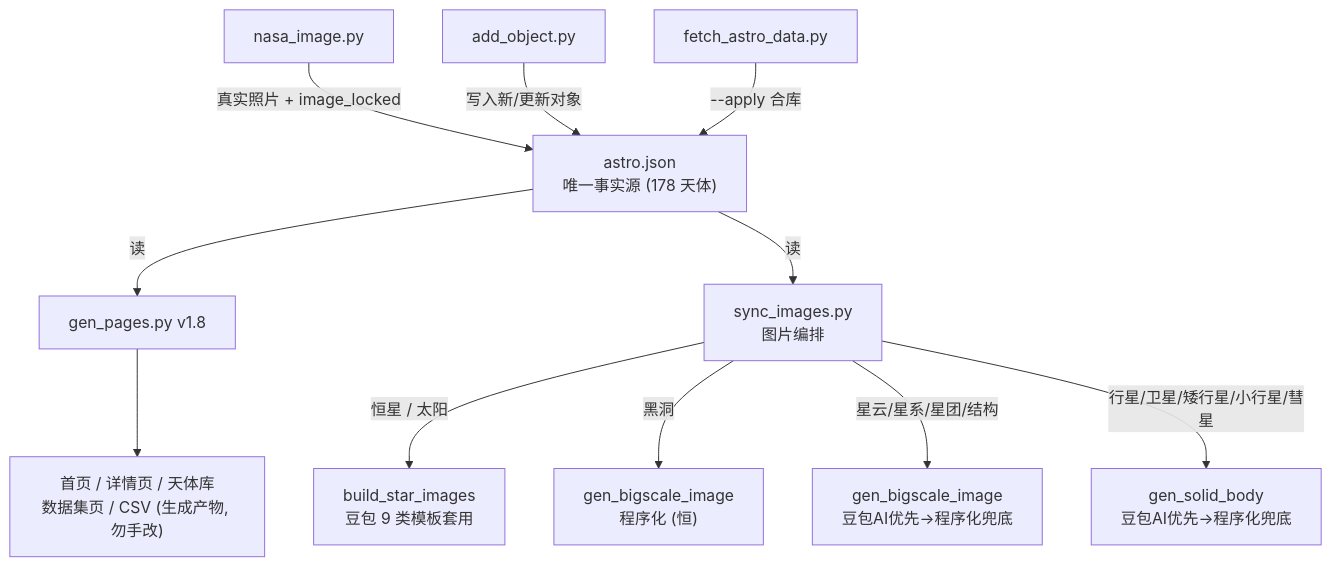
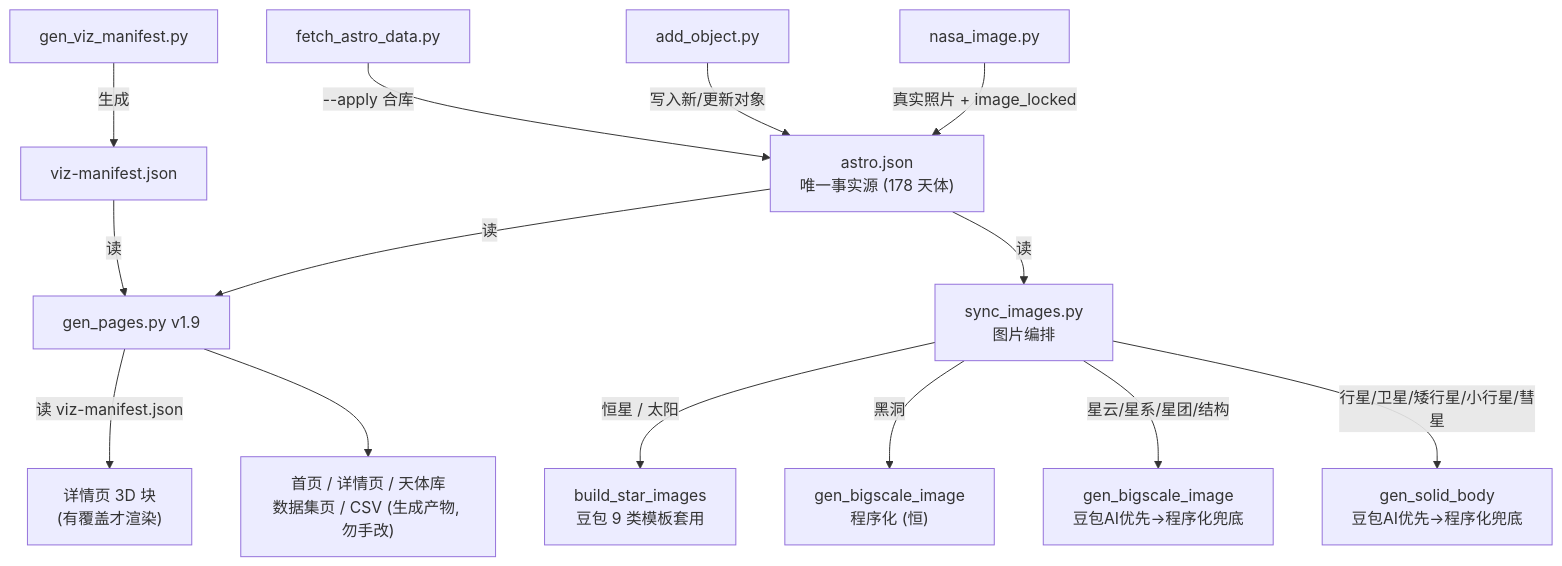
One commit to yufengwolf/astro-blog changed the first of 5 diagrams in 维护指南.md. Above: the diagram before and after it, drawn with Mermaid. The commit also changed other lines of this file and 186 other files, not shown here.

First line of the commit message:
feat(3d): P3 详情页按 viz-manifest 条件嵌入 3D 可视化（v1.9）

````diff
--- a/维护指南.md
+++ b/维护指南.md
@@ -11,13 +11,16 @@
 ```mermaid
 flowchart TD
-    A["astro.json<br/>唯一事实源 (178 天体)"] -->|读| B["gen_pages.py v1.8"]
+    A["astro.json<br/>唯一事实源 (178 天体)"] -->|读| B["gen_pages.py v1.9"]
+    B -->|读 viz-manifest.json| V["详情页 3D 块<br/>(有覆盖才渲染)"]
     B --> C["首页 / 详情页 / 天体库<br/>数据集页 / CSV (生成产物, 勿手改)"]
+    VM["gen_viz_manifest.py"] -->|生成| VMF["viz-manifest.json"]
+    VMF -->|读| B
     A -->|读| D["sync_images.py<br/>图片编排"]
     D -->|恒星 / 太阳| E["build_star_images<br/>豆包 9 类模板套用"]
     D -->|黑洞| F0["gen_bigscale_image<br/>程序化 (恒)"]
     D -->|星云/星系/星团/结构| F["gen_bigscale_image<br/>豆包AI优先→程序化兜底"]
     D -->|行星/卫星/矮行星/小行星/彗星| G["gen_solid_body<br/>豆包AI优先→程序化兜底"]
     H["nasa_image.py"] -->|真实照片 + image_locked| A
     I["add_object.py"] -->|写入新/更新对象| A
     J["fetch_astro_data.py"] -->|--apply 合库| A
 ```
````
